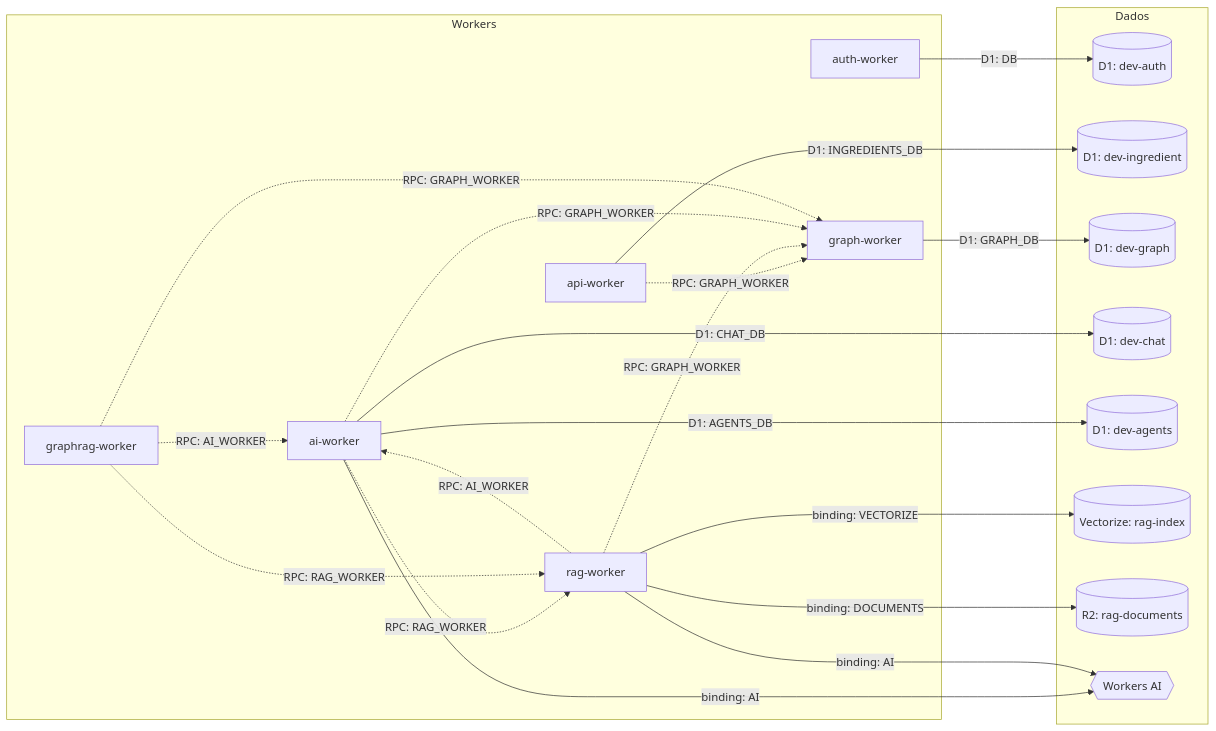
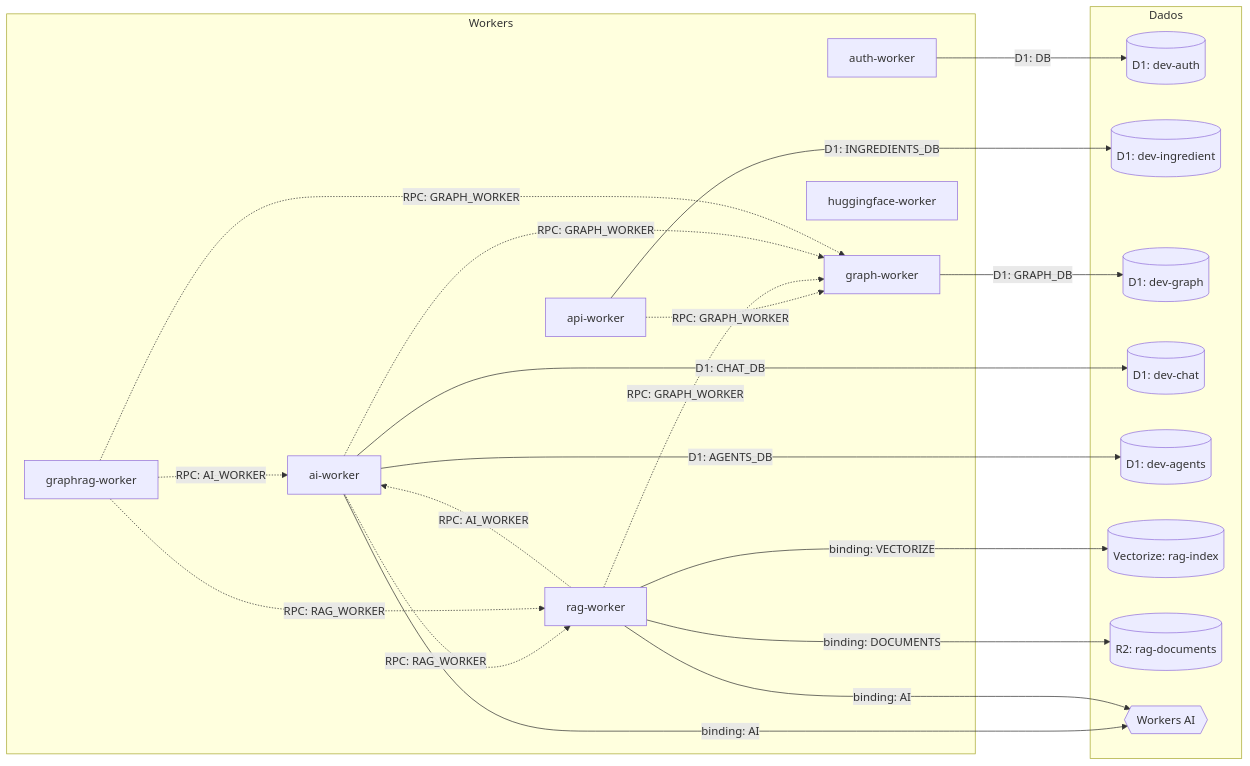
The diagram in docs/worker-diagram.md (0xHackerSpace/wrapper-api), drawn with Mermaid before and after one commit. The commit also changed other lines of this file and 6 other files, not shown here.

First line of the commit message:
docs: add ADR 0026 and update project docs for huggingface-worker

````diff
--- a/docs/worker-diagram.md
+++ b/docs/worker-diagram.md
@@ -5,41 +5,42 @@
 ```mermaid
 flowchart LR
     subgraph Workers
         api[api-worker]
         auth[auth-worker]
         ai[ai-worker]
         graphw[graph-worker]
         rag[rag-worker]
         graphrag[graphrag-worker]
+        hf[huggingface-worker]
     end
 
     subgraph Dados
         d1auth[(D1: dev-auth)]
         d1ingredient[(D1: dev-ingredient)]
         d1graph[(D1: dev-graph)]
         d1chat[(D1: dev-chat)]
         d1agents[(D1: dev-agents)]
         vectorize[(Vectorize: rag-index)]
         r2[(R2: rag-documents)]
         workersai{{Workers AI}}
     end
 
     api -->|D1: INGREDIENTS_DB| d1ingredient
     auth -->|D1: DB| d1auth
     graphw -->|D1: GRAPH_DB| d1graph
     ai -->|binding: AI| workersai
     ai -->|D1: CHAT_DB| d1chat
     ai -->|D1: AGENTS_DB| d1agents
     rag -->|binding: AI| workersai
     rag -->|binding: VECTORIZE| vectorize
     rag -->|binding: DOCUMENTS| r2
 
     api -.->|RPC: GRAPH_WORKER| graphw
     rag -.->|RPC: GRAPH_WORKER| graphw
     rag -.->|RPC: AI_WORKER| ai
     ai -.->|RPC: RAG_WORKER| rag
     ai -.->|RPC: GRAPH_WORKER| graphw
     graphrag -.->|RPC: RAG_WORKER| rag
     graphrag -.->|RPC: GRAPH_WORKER| graphw
     graphrag -.->|RPC: AI_WORKER| ai
 ```
````
